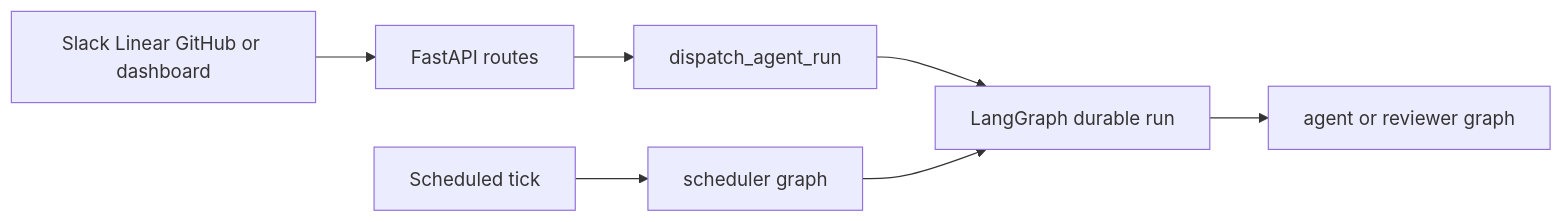
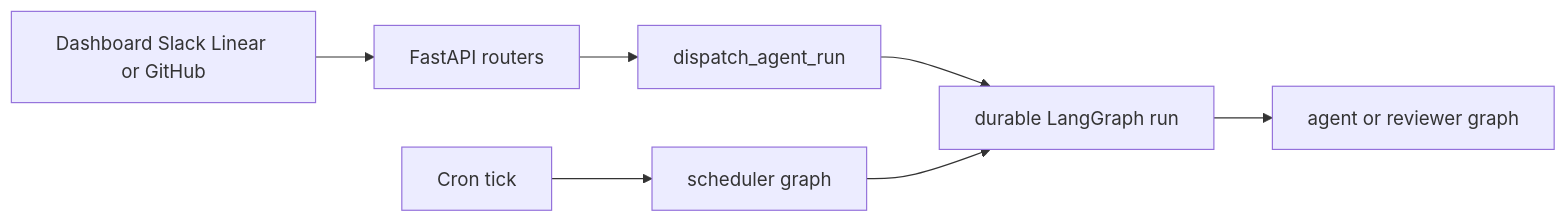
Before and after one commit to langchain-ai/open-swe: the diagram in openwiki/quickstart.md, drawn with Mermaid. The commit also changed other lines of this file and 52 other files, not shown here.

````diff
--- a/openwiki/quickstart.md
+++ b/openwiki/quickstart.md
@@ -68,9 +96,9 @@
 ```mermaid
 flowchart LR
-    Trigger["Slack Linear GitHub or dashboard"] --> HTTP["FastAPI routes"]
+    Client["Dashboard Slack Linear or GitHub"] --> HTTP["FastAPI routers"]
     HTTP --> Dispatch["dispatch_agent_run"]
-    Dispatch --> Runtime["LangGraph durable run"]
-    Runtime --> Agent["agent or reviewer graph"]
-    Cron["Scheduled tick"] --> Scheduler["scheduler graph"]
-    Scheduler --> Runtime
+    Dispatch --> Run["durable LangGraph run"]
+    Run --> Graph["agent or reviewer graph"]
+    Cron["Cron tick"] --> Scheduler["scheduler graph"]
+    Scheduler --> Run
 ```
````
